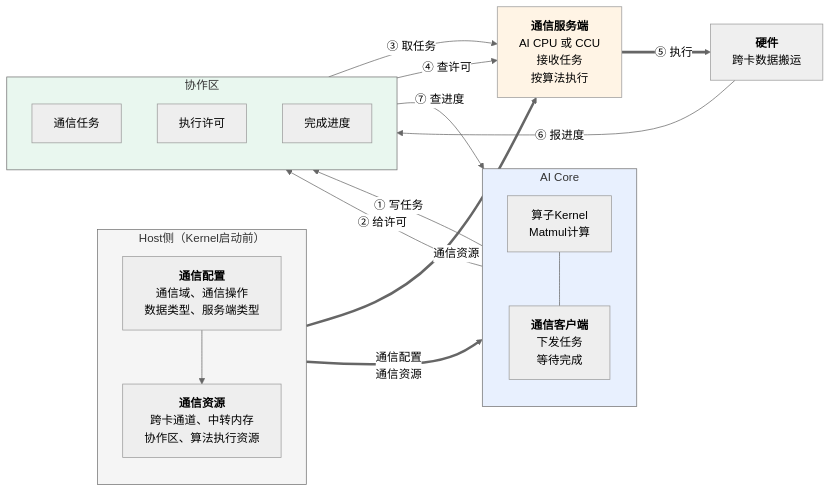
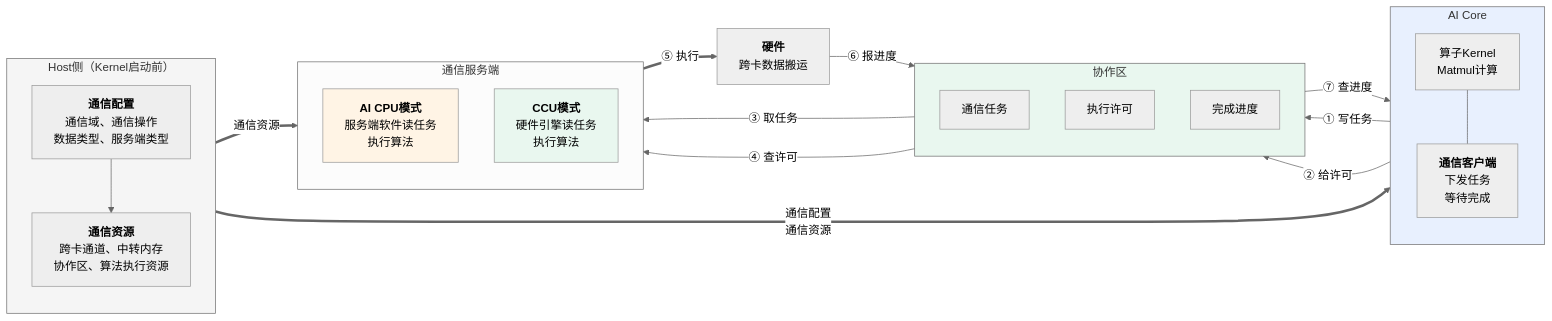
Before and after one commit to Atlas-Ascend-Fork/asc-comm: the first of 7 diagrams in docs/zh/编程模型/MC2编程模型/通信模型planB.md, drawn with Mermaid (neutral theme). The commit also changed other lines of this file, not shown here.

````diff
--- a/docs/zh/编程模型/MC2编程模型/通信模型planB.md
+++ b/docs/zh/编程模型/MC2编程模型/通信模型planB.md
@@ -52,44 +53,49 @@
 ```mermaid
 flowchart LR
     subgraph HOST["Host侧（Kernel启动前）"]
         direction TB
         H1["<b>通信配置</b><br/>通信域、通信操作<br/>数据类型、服务端类型"]
         H2["<b>通信资源</b><br/>跨卡通道、中转内存<br/>协作区、算法执行资源"]
         H1 --> H2
     end
 
     subgraph CORE["AI Core"]
         direction TB
         K["算子Kernel<br/>Matmul计算"]
         CLIENT["<b>通信客户端</b><br/>下发任务<br/>等待完成"]
         K --- CLIENT
     end
 
     subgraph COOP["协作区"]
         direction TB
         REQ["通信任务"]
         GRANT["执行许可"]
         PROG["完成进度"]
     end
 
-    SERVER["<b>通信服务端</b><br/>AI CPU 或 CCU<br/>接收任务<br/>按算法执行"]
+    subgraph SERVER["通信服务端"]
+        direction TB
+        AICPU["<b>AI CPU模式</b><br/>服务端软件读任务<br/>执行算法"]
+        CCU["<b>CCU模式</b><br/>硬件引擎读任务<br/>执行算法"]
+    end
 
     HW["<b>硬件</b><br/>跨卡数据搬运"]
 
     H2 ==>|"通信配置<br/>通信资源"| CORE
     H2 ==>|"通信资源"| SERVER
 
     CLIENT -->|"① 写任务"| REQ
     CLIENT -->|"② 给许可"| GRANT
     REQ -->|"③ 取任务"| SERVER
     GRANT -->|"④ 查许可"| SERVER
     SERVER ==>|"⑤ 执行"| HW
     HW -->|"⑥ 报进度"| PROG
     PROG -->|"⑦ 查进度"| CLIENT
 
     style HOST fill:#f5f5f5
     style CORE fill:#e8f0fe
     style COOP fill:#e9f7ef
-    style SERVER fill:#fff4e5
+    style AICPU fill:#fff4e5
+    style CCU fill:#e9f7ef
     style HW fill:#efefef
 ```
````
